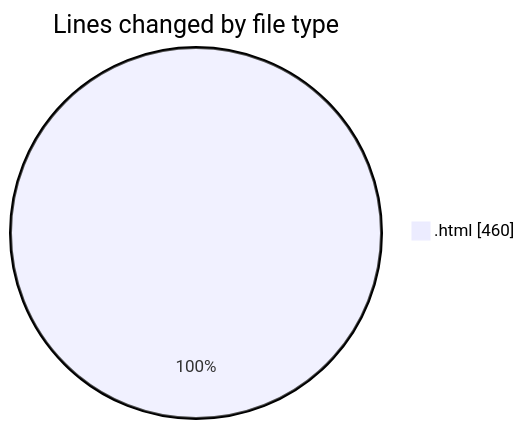
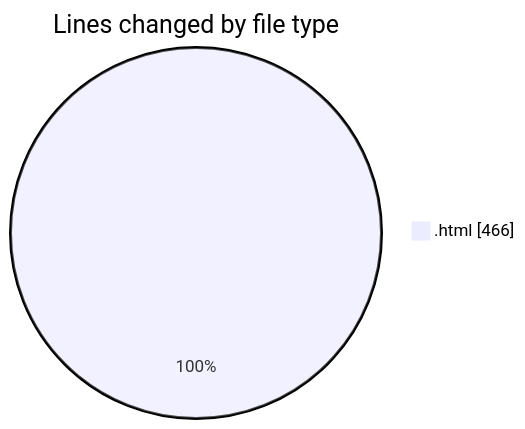
One commit to LanceThiago/code-tracking changed the first of 2 diagrams in 2025-01-08/nueva_carpeta/README.md. Above: the diagram before and after it, drawn with Mermaid. The commit also changed other lines of this file and 1 other file, not shown here.

````diff
--- a/2025-01-08/nueva_carpeta/README.md
+++ b/2025-01-08/nueva_carpeta/README.md
@@ -20,5 +20,5 @@
 ```mermaid
 pie showData
 title Lines changed by file type
-".html" : 460
+".html" : 466
 ```
````
